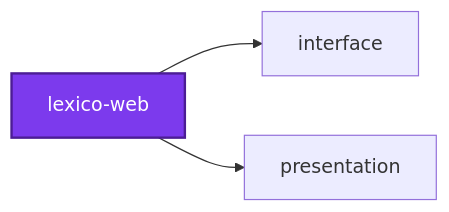
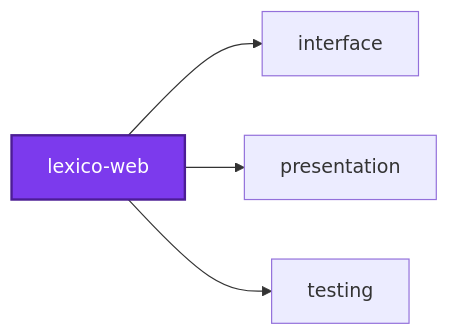
One commit to organizzolini/codebase changed the first of 2 diagrams in projects/lexico/lexico-web/README.md. Above: the diagram before and after it, drawn with Mermaid. The commit also changed other lines of this file and 80 other files, not shown here.

````diff
--- a/projects/lexico/lexico-web/README.md
+++ b/projects/lexico/lexico-web/README.md
@@ -390,10 +390,12 @@
 ```mermaid
 graph LR
   interface["interface"]
   lexico_web["lexico-web"]
   presentation["presentation"]
+  testing["testing"]
   lexico_web --> interface
   lexico_web --> presentation
+  lexico_web --> testing
   classDef subject fill:#7c3aed,color:#fff,stroke:#4c1d95,stroke-width:2px
   class lexico_web subject
 ```
````
